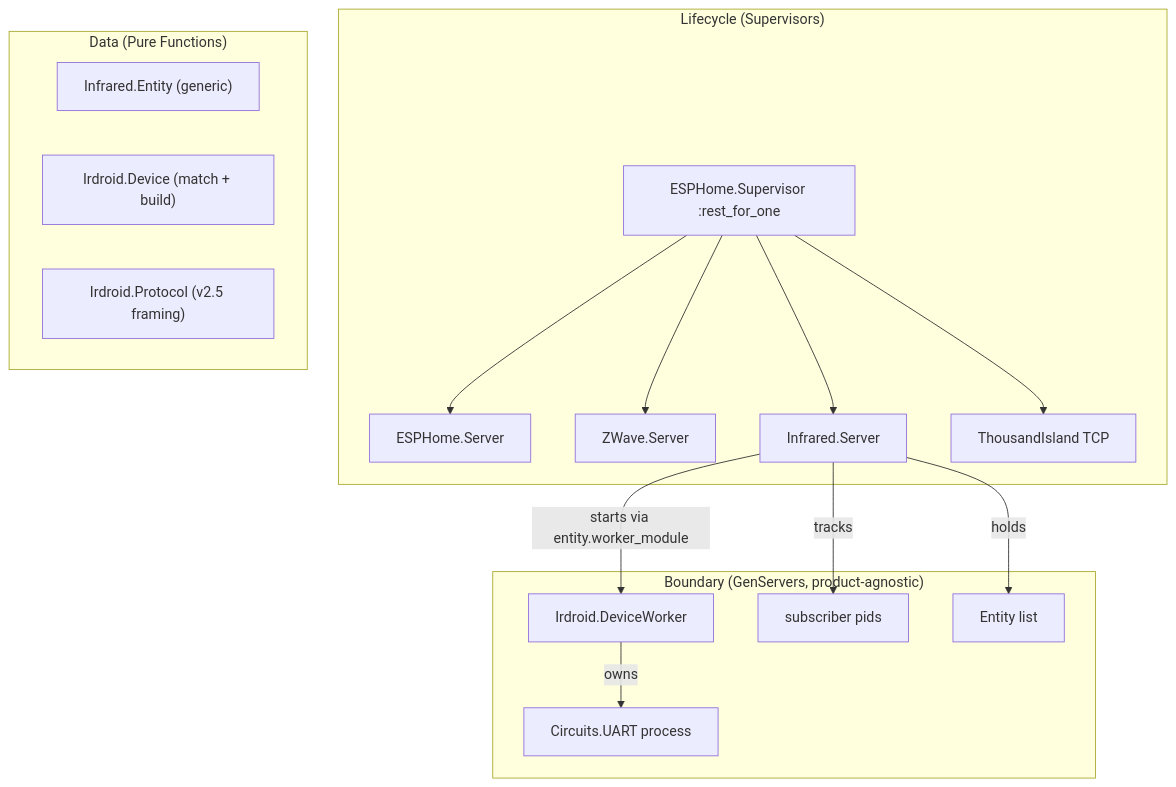
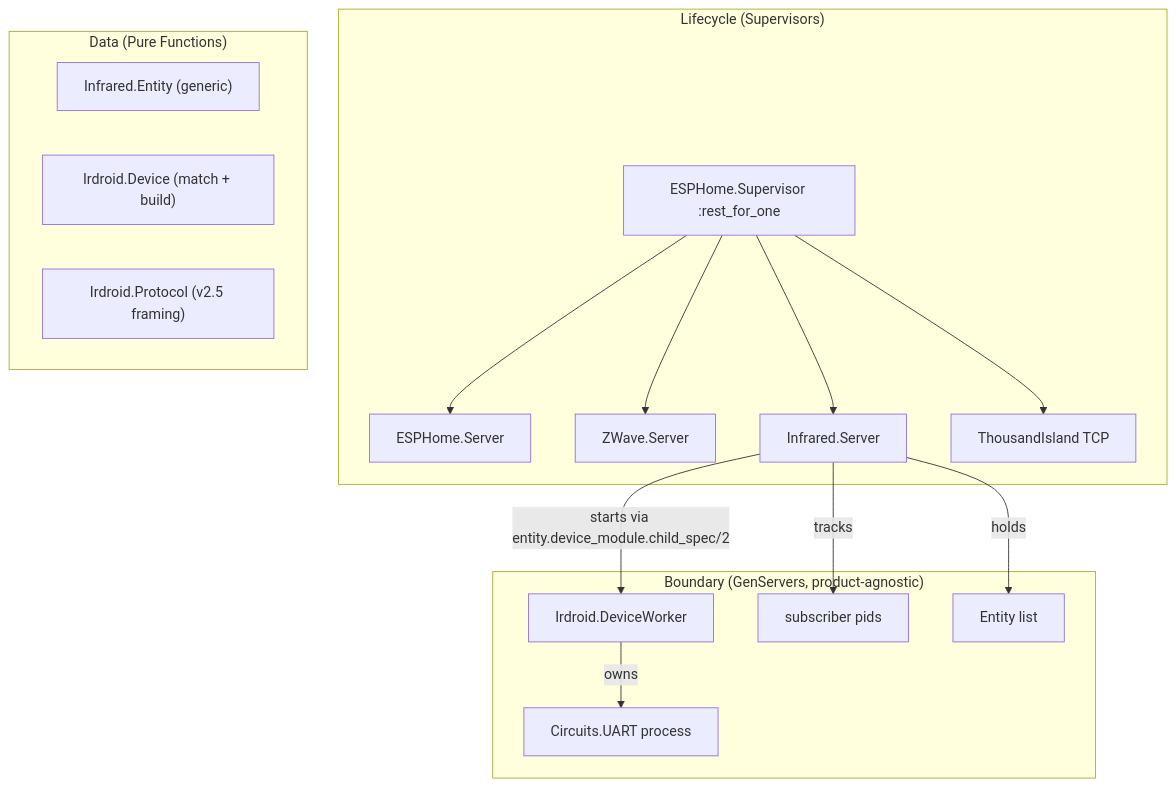
The first of 3 diagrams in docs/plans/07_infrared_proxy_component.md (bbangert/universal_proxy), drawn with Mermaid before and after one commit. The commit also changed other lines of this file and 6 other files, not shown here.

````diff
--- a/docs/plans/07_infrared_proxy_component.md
+++ b/docs/plans/07_infrared_proxy_component.md
@@ -13,23 +13,23 @@
 ```mermaid
 graph TB
   subgraph lifecycle ["Lifecycle (Supervisors)"]
     ESPHomeSup["ESPHome.Supervisor :rest_for_one"]
     ESPHomeSup --> ESPHomeServer["ESPHome.Server"]
     ESPHomeSup --> ZWaveServer["ZWave.Server"]
     ESPHomeSup --> IRServer["Infrared.Server"]
     ESPHomeSup --> ThousandIsland["ThousandIsland TCP"]
   end
 
   subgraph boundary ["Boundary (GenServers, product-agnostic)"]
-    IRServer -->|"starts via entity.worker_module"| IRWorker["Irdroid.DeviceWorker"]
+    IRServer -->|"starts via entity.device_module.child_spec/2"| IRWorker["Irdroid.DeviceWorker"]
     IRWorker -->|"owns"| CircuitsUART["Circuits.UART process"]
     IRServer -->|"tracks"| Subscribers["subscriber pids"]
     IRServer -->|"holds"| Inventory["Entity list"]
   end
 
   subgraph data ["Data (Pure Functions)"]
     Entity["Infrared.Entity (generic)"]
     IrdroidDevice["Irdroid.Device (match + build)"]
     IrdroidProtocol["Irdroid.Protocol (v2.5 framing)"]
   end
 ```
````
